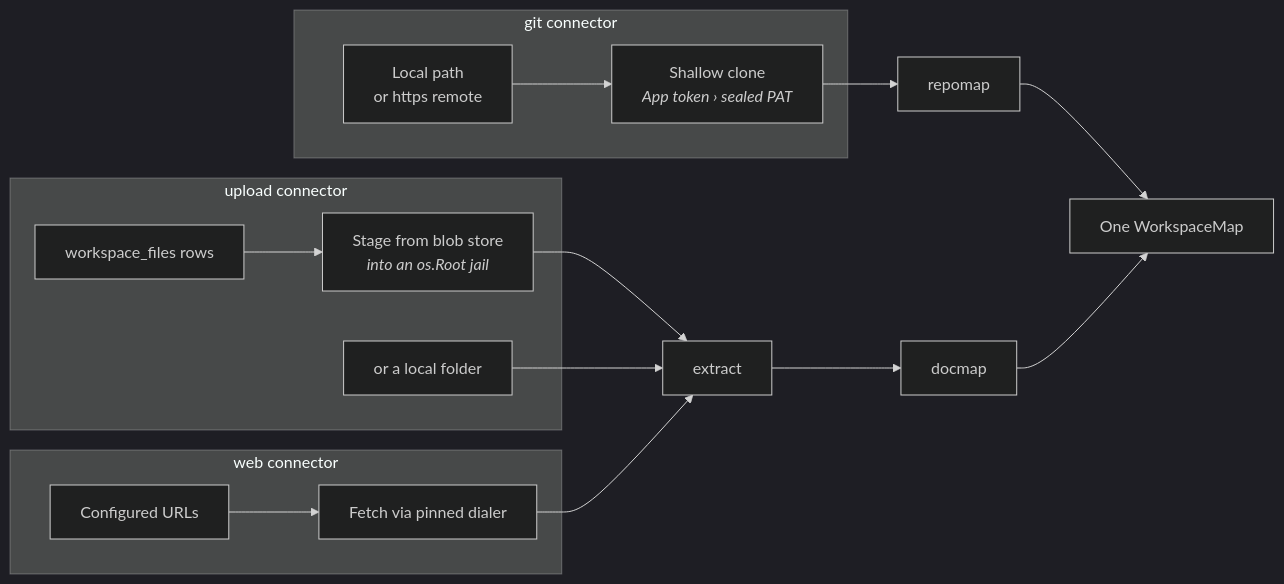
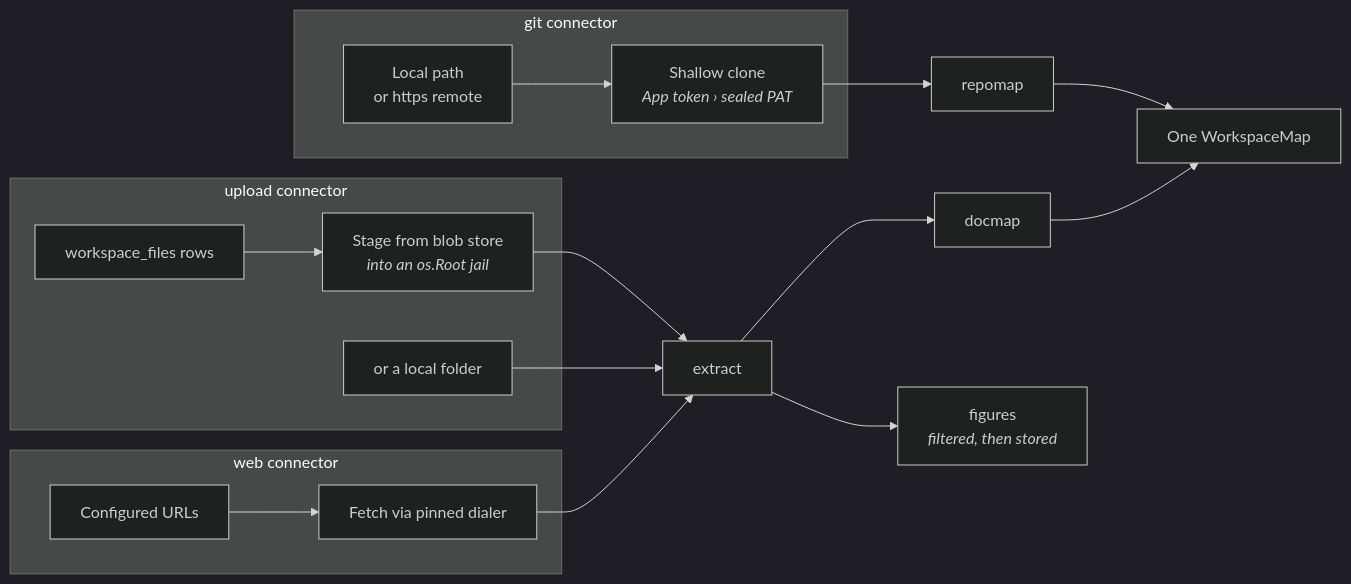
The fifth of 16 diagrams in docs/architecture.md (daiwa-zou/kiln), drawn with Mermaid (dark theme) before and after one commit. The commit also changed other lines of this file and 35 other files, not shown here.

````diff
--- a/docs/architecture.md
+++ b/docs/architecture.md
@@ -295,22 +295,23 @@
 ```mermaid
 flowchart LR
     subgraph git["git connector"]
         R["Local path<br/>or https remote"] --> Clone["Shallow clone<br/><i>App token › sealed PAT</i>"]
     end
     subgraph up["upload connector"]
         Files["workspace_files rows"] --> Stage["Stage from blob store<br/><i>into an os.Root jail</i>"]
         Local["or a local folder"]
     end
     subgraph web["web connector"]
         URLs["Configured URLs"] --> Fetch["Fetch via pinned dialer"]
     end
 
     Clone --> RM["repomap"]
     Stage --> EX["extract"]
     Local --> EX
     Fetch --> EX
     EX --> DM["docmap"]
+    EX --> FG["figures<br/><i>filtered, then stored</i>"]
 
     RM --> WM["One WorkspaceMap"]
     DM --> WM
 ```
````
